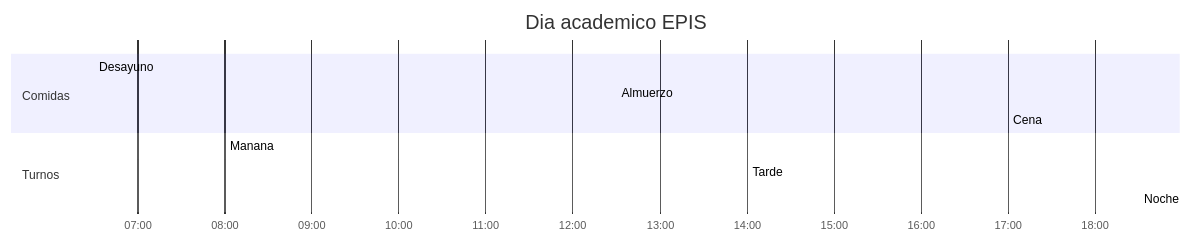
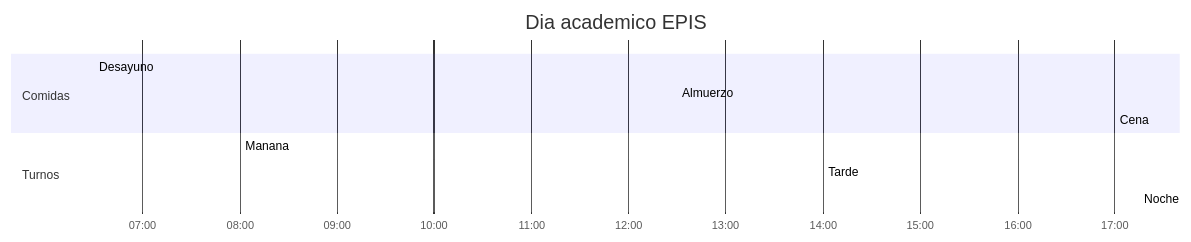
One commit to envysinho/scheduleapp changed the diagram in docs/TURNOS-HORARIOS.md. Above: the diagram before and after it, drawn with Mermaid. The commit also changed other lines of this file and 14 other files, not shown here.

````diff
--- a/docs/TURNOS-HORARIOS.md
+++ b/docs/TURNOS-HORARIOS.md
@@ -35,14 +35,14 @@
 ```mermaid
 gantt
   title Dia academico EPIS
   dateFormat HH:mm
   axisFormat %H:%M
   section Comidas
   Desayuno  :06:30, 90min
   Almuerzo  :12:30, 90min
-  Cena      :17:00, 90min
+  Cena      :17:00, 15min
   section Turnos
   Manana    :08:00, 270min
   Tarde     :14:00, 180min
-  Noche     :18:30, 240min
+  Noche     :17:15, 315min
 ```
````
